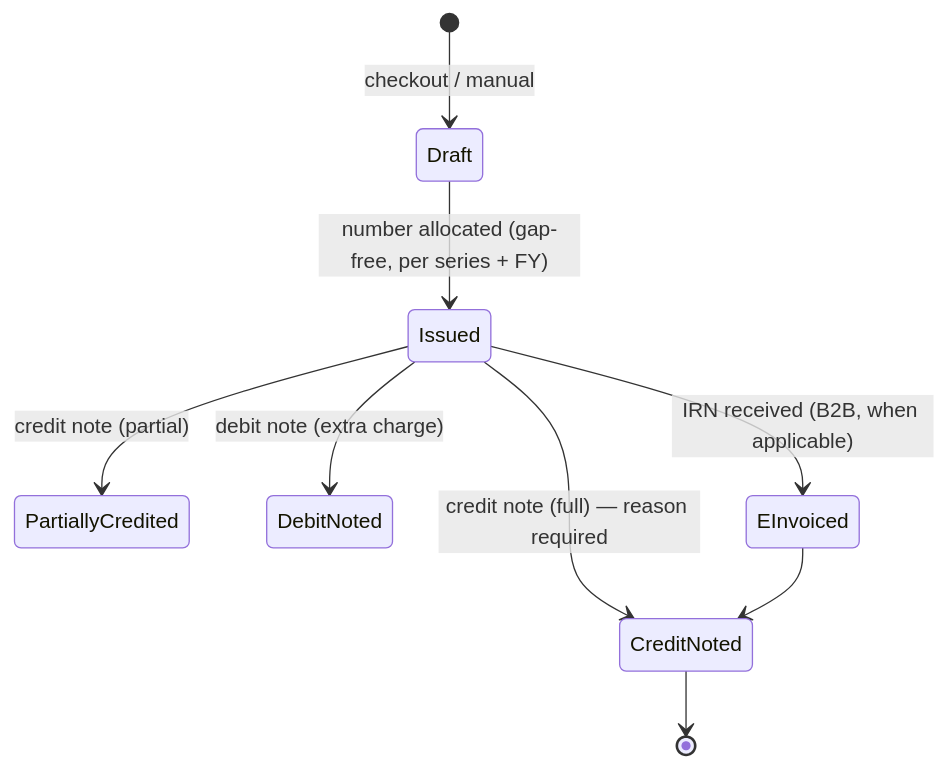
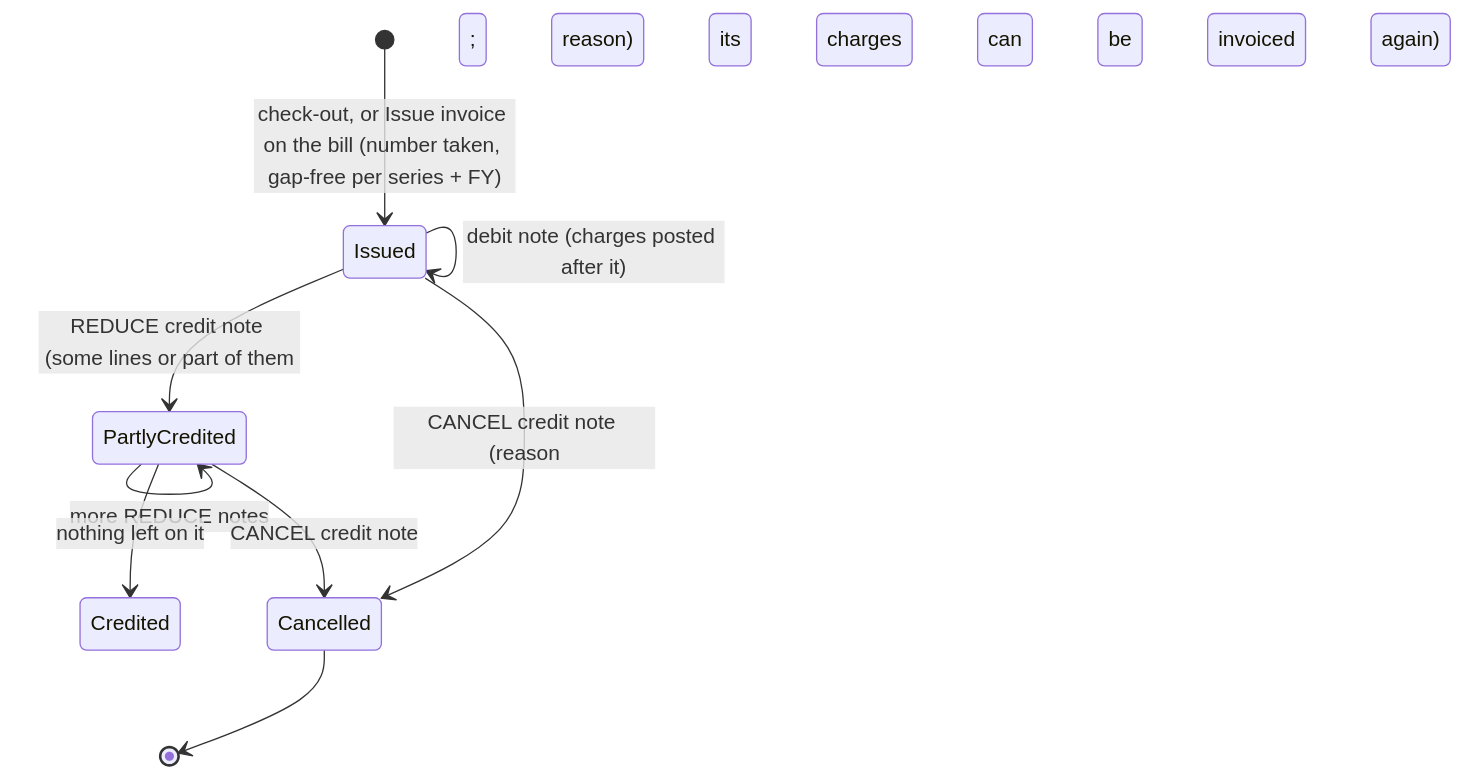
The diagram in docs/GST.md (Prathamesh27702/resort-os), drawn with Mermaid before and after one commit. The commit also changed other lines of this file and 26 other files, not shown here.

````diff
--- a/docs/GST.md
+++ b/docs/GST.md
@@ -137,11 +137,11 @@
 ```mermaid
 stateDiagram-v2
-  [*] --> Draft: checkout / manual
-  Draft --> Issued: number allocated (gap-free, per series + FY)
-  Issued --> CreditNoted: credit note (full) — reason required
-  Issued --> PartiallyCredited: credit note (partial)
-  Issued --> DebitNoted: debit note (extra charge)
-  Issued --> EInvoiced: IRN received (B2B, when applicable)
-  EInvoiced --> CreditNoted
-  CreditNoted --> [*]
+  [*] --> Issued: check-out, or Issue invoice on the bill (number taken, gap-free per series + FY)
+  Issued --> PartlyCredited: REDUCE credit note (some lines or part of them; reason)
+  PartlyCredited --> PartlyCredited: more REDUCE notes
+  PartlyCredited --> Credited: nothing left on it
+  Issued --> Cancelled: CANCEL credit note (reason; its charges can be invoiced again)
+  PartlyCredited --> Cancelled: CANCEL credit note
+  Issued --> Issued: debit note (charges posted after it)
+  Cancelled --> [*]
 ```
````
